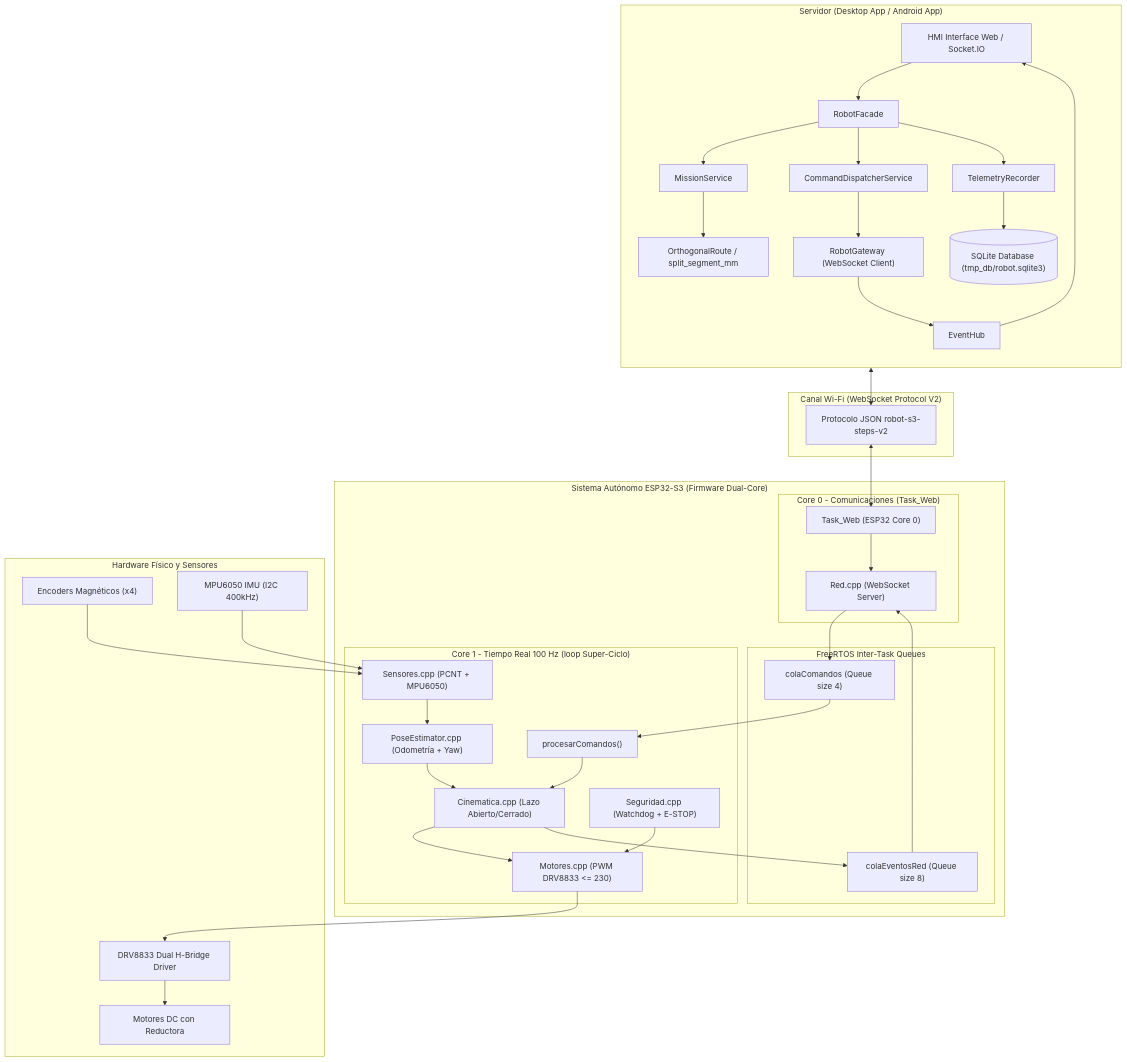
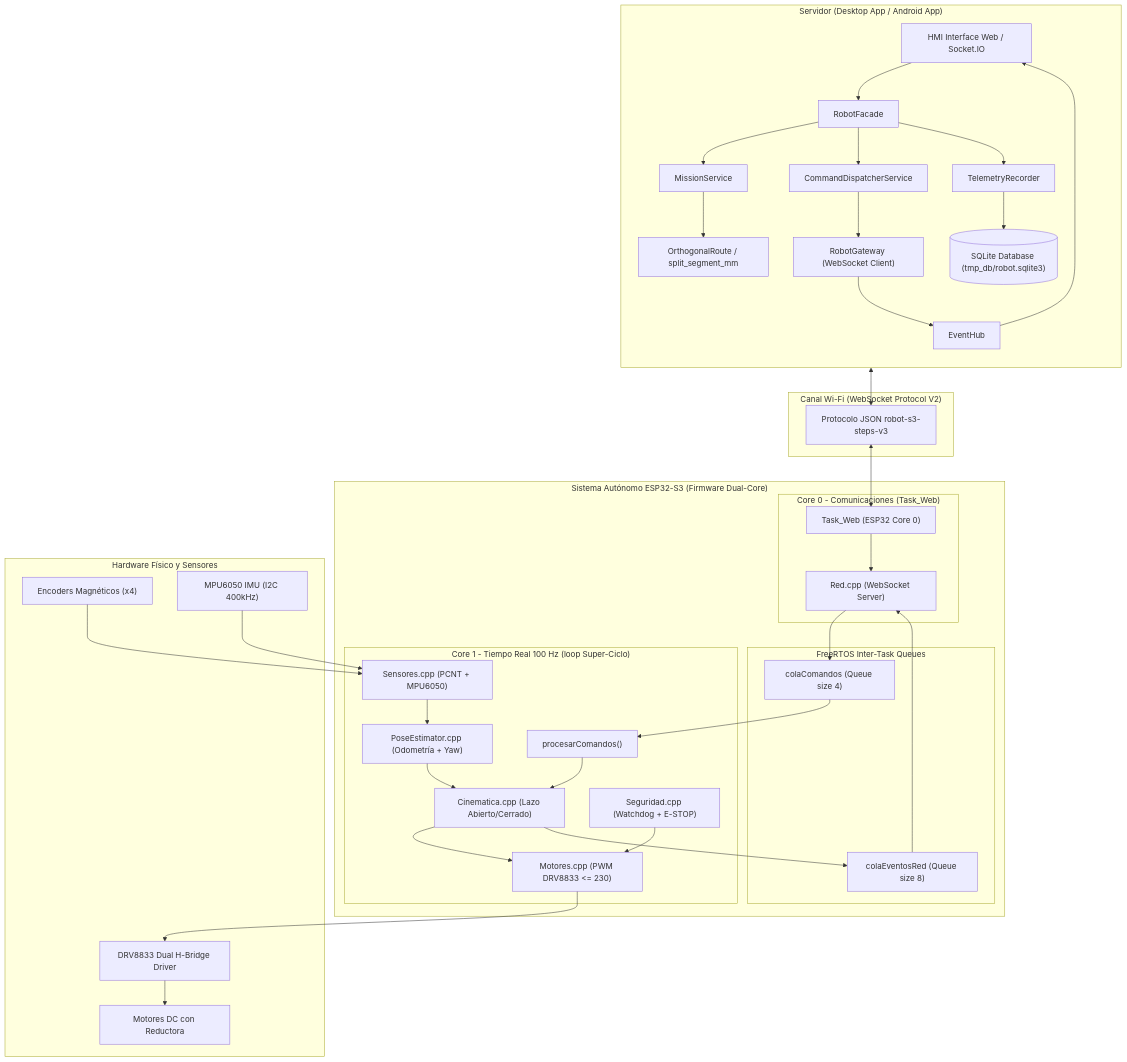
One commit to RubenAndresGome/carroTest3-For-Esp32-s3-wroom changed the first of 4 diagrams in DIAGRAMA_SISTEMA_GENERAL.md. Above: the diagram before and after it, drawn with Mermaid. The commit also changed 29 other files, not shown here.

````diff
--- a/DIAGRAMA_SISTEMA_GENERAL.md
+++ b/DIAGRAMA_SISTEMA_GENERAL.md
@@ -14,77 +14,77 @@
 ```mermaid
 flowchart TB
     subgraph S_SERVER["Servidor (Desktop App / Android App)"]
         direction TB
         UI["HMI Interface Web / Socket.IO"]
         Facade["RobotFacade"]
         Dispatcher["CommandDispatcherService"]
         Mission["MissionService"]
         Route["OrthogonalRoute / split_segment_mm"]
         Gateway["RobotGateway (WebSocket Client)"]
         Recorder["TelemetryRecorder"]
         DB[("SQLite Database (tmp_db/robot.sqlite3)")]
         Hub["EventHub"]
 
         UI --> Facade
         Facade --> Dispatcher
         Facade --> Mission
         Facade --> Recorder
         Mission --> Route
         Dispatcher --> Gateway
         Recorder --> DB
         Gateway --> Hub
         Hub --> UI
     end
 
     subgraph S_WIFI["Canal Wi-Fi (WebSocket Protocol V2)"]
-        Protocol["Protocolo JSON robot-s3-steps-v2"]
+        Protocol["Protocolo JSON robot-s3-steps-v3"]
     end
 
     subgraph S_ESP32["Sistema Autónomo ESP32-S3 (Firmware Dual-Core)"]
         subgraph CORE0["Core 0 - Comunicaciones (Task_Web)"]
             TaskWeb["Task_Web (ESP32 Core 0)"]
             RedServer["Red.cpp (WebSocket Server)"]
             TaskWeb --> RedServer
         end
 
         subgraph QUEUES["FreeRTOS Inter-Task Queues"]
             CmdQueue["colaComandos (Queue size 4)"]
             EvtQueue["colaEventosRed (Queue size 8)"]
         end
 
         subgraph CORE1["Core 1 - Tiempo Real 100 Hz (loop Super-Ciclo)"]
             CmdProc["procesarComandos()"]
             Cine["Cinematica.cpp (Lazo Abierto/Cerrado)"]
             Sens["Sensores.cpp (PCNT + MPU6050)"]
             Pose["PoseEstimator.cpp (Odometría + Yaw)"]
             Motores["Motores.cpp (PWM DRV8833 <= 230)"]
             Seguridad["Seguridad.cpp (Watchdog + E-STOP)"]
 
             CmdQueue --> CmdProc
             CmdProc --> Cine
             Sens --> Pose
             Pose --> Cine
             Cine --> Motores
             Seguridad --> Motores
             Cine --> EvtQueue
         end
 
         RedServer --> CmdQueue
         EvtQueue --> RedServer
     end
 
     subgraph S_HARDWARE["Hardware Físico y Sensores"]
         DRV["DRV8833 Dual H-Bridge Driver"]
         DC["Motores DC con Reductora"]
         Encoders["Encoders Magnéticos (x4)"]
         MPU["MPU6050 IMU (I2C 400kHz)"]
 
         Motores --> DRV
         DRV --> DC
         Encoders --> Sens
         MPU --> Sens
     end
 
     Gateway <--> Protocol
     Protocol <--> TaskWeb
 ```
````
